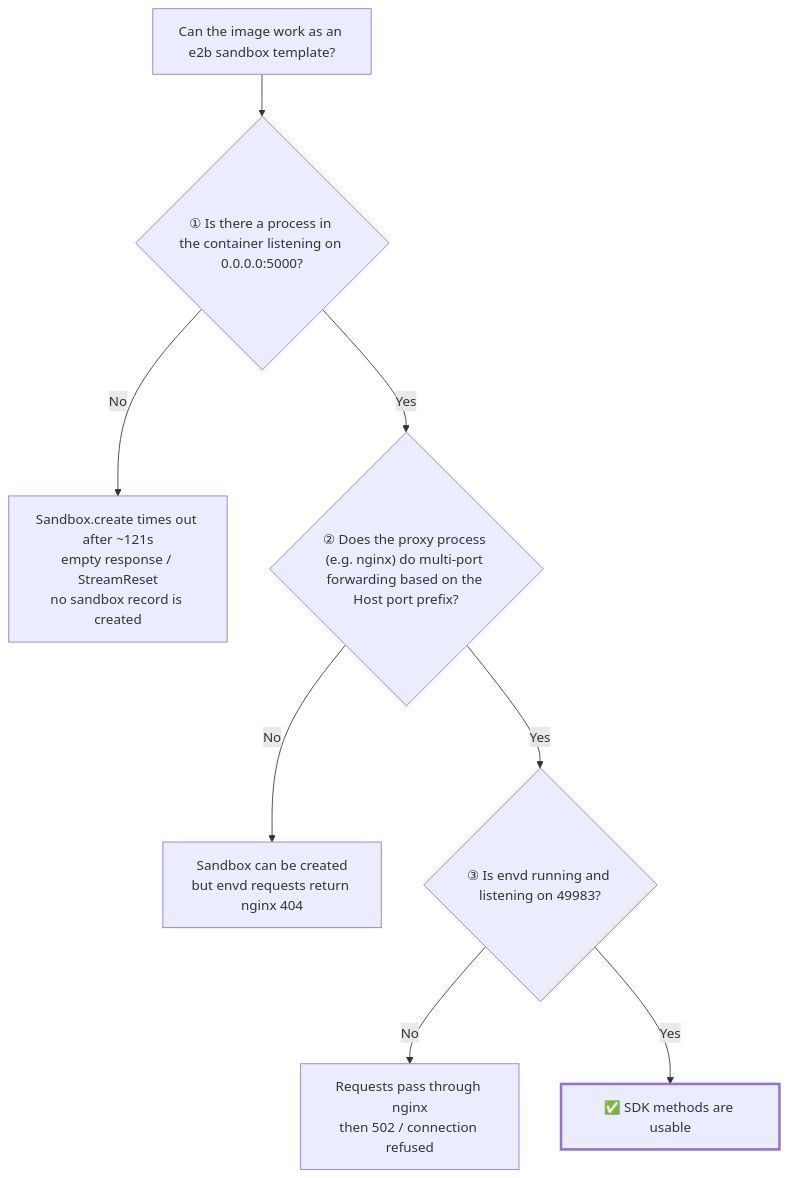
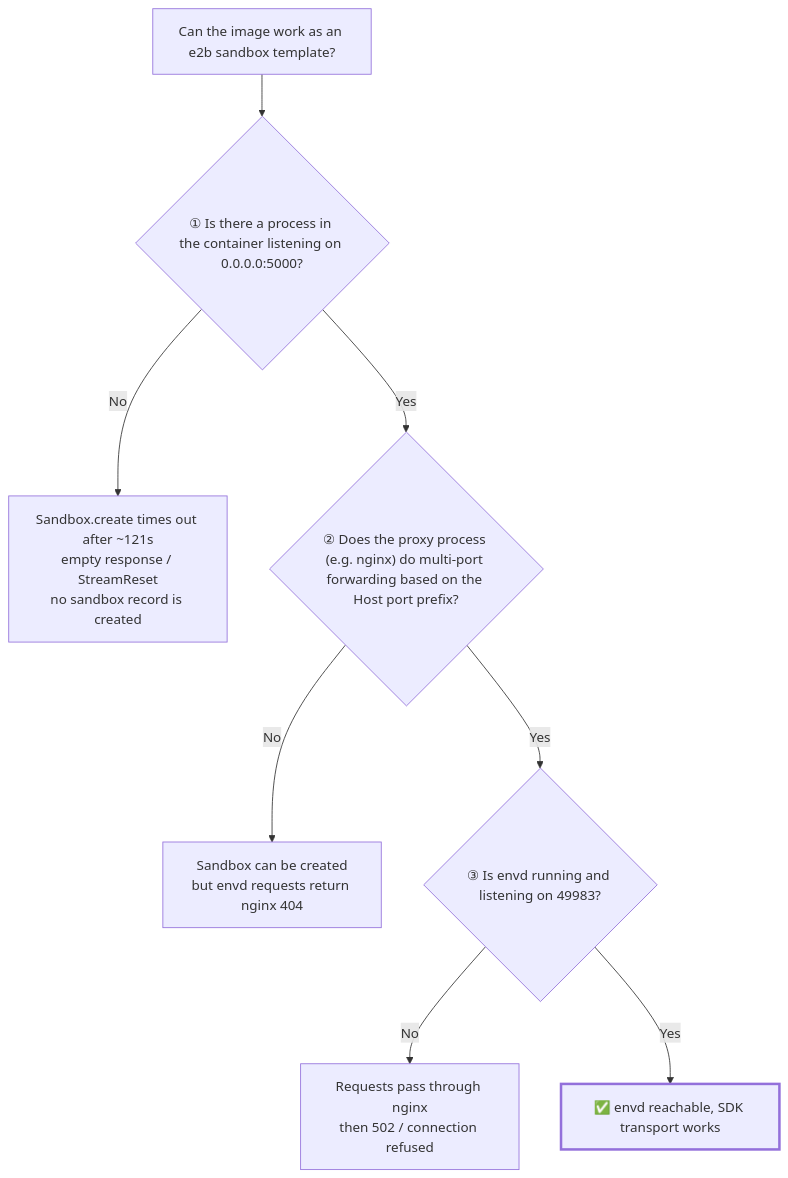
The third of 5 diagrams in docs/en-US/01.FC Agent Sandbox/05.Best Practices/10.envd Integration Tutorial - Turn Your Own Image into an e2b Sandbox Template.md (aliyun-fc/fc-docs), drawn with Mermaid before and after one commit. The commit also changed other lines of this file and 1 other file, not shown here.

First line of the commit message:
docs: address review feedback on envd tutorial

````diff
--- a/docs/en-US/01.FC Agent Sandbox/05.Best Practices/10.envd Integration Tutorial - Turn Your Own Image into an e2b Sandbox Template.md
+++ b/docs/en-US/01.FC Agent Sandbox/05.Best Practices/10.envd Integration Tutorial - Turn Your Own Image into an e2b Sandbox Template.md
@@ -97,12 +97,12 @@
 ```mermaid
 flowchart TD
     START["Can the image work as an e2b sandbox template?"] --> C1{"① Is there a process in the container listening on 0.0.0.0:5000?"}
     C1 -->|No| F1["Sandbox.create times out after ~121s<br/>empty response / StreamReset<br/>no sandbox record is created"]
     C1 -->|Yes| C2{"② Does the proxy process (e.g. nginx) do multi-port forwarding based on the Host port prefix?"}
     C2 -->|No| F2["Sandbox can be created<br/>but envd requests return nginx 404"]
     C2 -->|Yes| C3{"③ Is envd running and listening on 49983?"}
     C3 -->|No| F3["Requests pass through nginx<br/>then 502 / connection refused"]
-    C3 -->|Yes| OK["✅ SDK methods are usable"]
+    C3 -->|Yes| OK["✅ envd reachable, SDK transport works"]
 
     style OK stroke-width:3px
 ```
````
